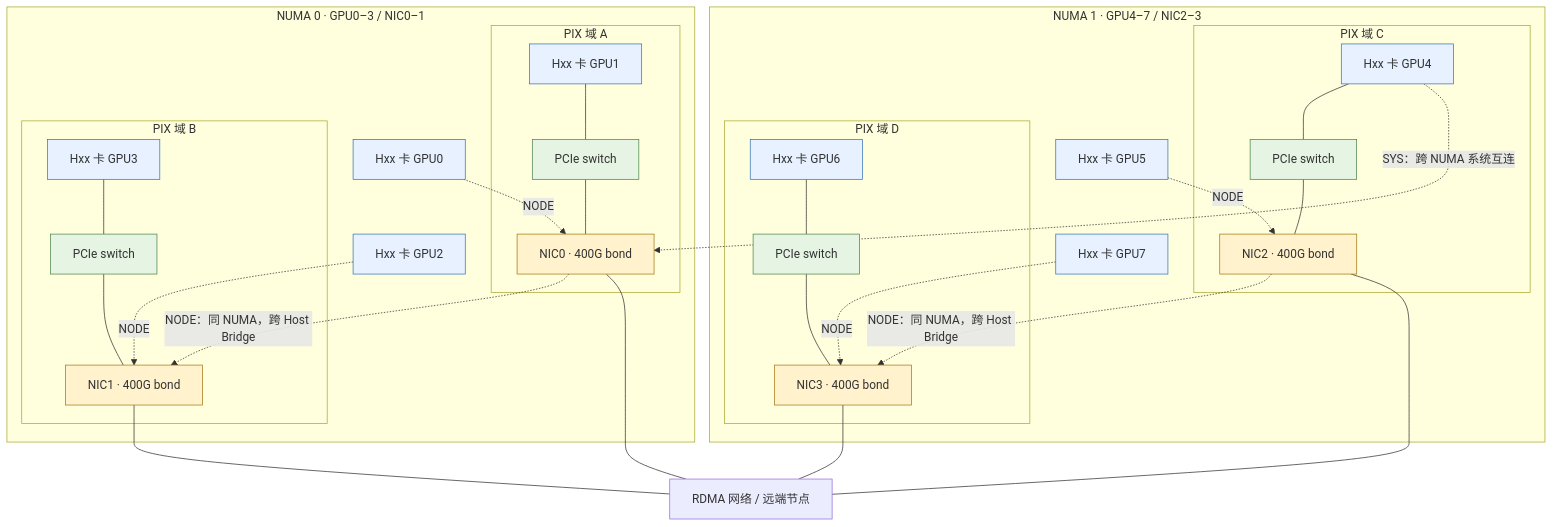
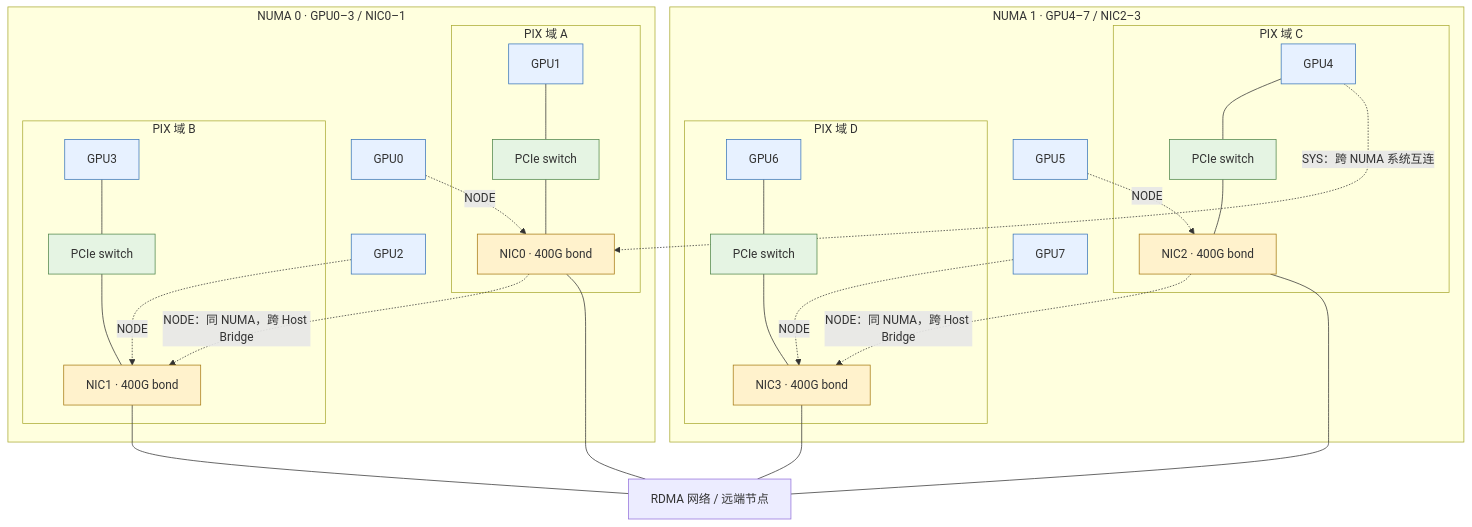
One commit to ZhengWG/ZhengWG.github.io changed the diagram in _posts/2026-02-13-推理INFRA方法论-01-communication.md. Above: the diagram before and after it, drawn with Mermaid. The commit also changed other lines of this file and 8 other files, not shown here.

````diff
--- a/_posts/2026-02-13-推理INFRA方法论-01-communication.md
+++ b/_posts/2026-02-13-推理INFRA方法论-01-communication.md
@@ -62,59 +62,59 @@
 ```mermaid
 graph TB
   subgraph N0["NUMA 0 · GPU0–3 / NIC0–1"]
-    G0["Hxx 卡 GPU0"]
-    G2["Hxx 卡 GPU2"]
+    G0["GPU0"]
+    G2["GPU2"]
     subgraph P0["PIX 域 A"]
       S0["PCIe switch"]
-      G1["Hxx 卡 GPU1"]
+      G1["GPU1"]
       NIC0["NIC0 · 400G bond"]
       G1 --- S0
       S0 --- NIC0
     end
     subgraph P1["PIX 域 B"]
       S1["PCIe switch"]
-      G3["Hxx 卡 GPU3"]
+      G3["GPU3"]
       NIC1["NIC1 · 400G bond"]
       G3 --- S1
       S1 --- NIC1
     end
     G0 -.->|NODE| NIC0
     G2 -.->|NODE| NIC1
     NIC0 -.->|"NODE：同 NUMA，跨 Host Bridge"| NIC1
   end
 
   subgraph N1["NUMA 1 · GPU4–7 / NIC2–3"]
-    G5["Hxx 卡 GPU5"]
-    G7["Hxx 卡 GPU7"]
+    G5["GPU5"]
+    G7["GPU7"]
     subgraph P2["PIX 域 C"]
       S2["PCIe switch"]
-      G4["Hxx 卡 GPU4"]
+      G4["GPU4"]
       NIC2["NIC2 · 400G bond"]
       G4 --- S2
       S2 --- NIC2
     end
     subgraph P3["PIX 域 D"]
       S3["PCIe switch"]
-      G6["Hxx 卡 GPU6"]
+      G6["GPU6"]
       NIC3["NIC3 · 400G bond"]
       G6 --- S3
       S3 --- NIC3
     end
     G5 -.->|NODE| NIC2
     G7 -.->|NODE| NIC3
     NIC2 -.->|"NODE：同 NUMA，跨 Host Bridge"| NIC3
   end
 
   G4 -.->|"SYS：跨 NUMA 系统互连"| NIC0
   NIC0 --- NET["RDMA 网络 / 远端节点"]
   NIC1 --- NET
   NIC2 --- NET
   NIC3 --- NET
 
   classDef gpu fill:#e7f1ff,stroke:#3975b9;
   classDef nic fill:#fff2cc,stroke:#a77a13;
   classDef sw fill:#e5f4e3,stroke:#50864b;
   class G0,G1,G2,G3,G4,G5,G6,G7 gpu;
   class NIC0,NIC1,NIC2,NIC3 nic;
   class S0,S1,S2,S3 sw;
 ```
````
